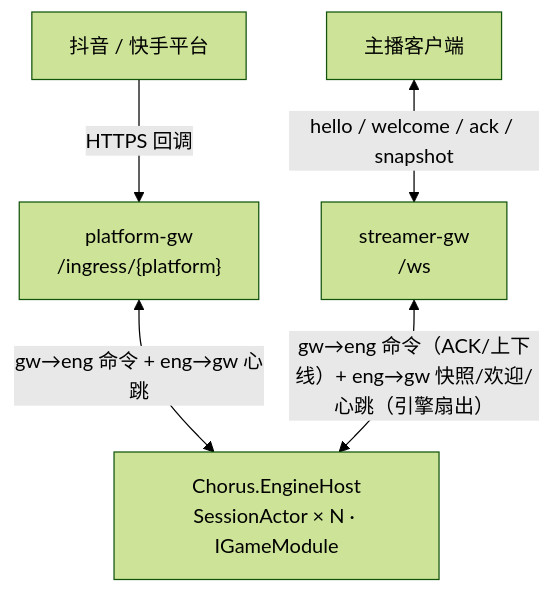
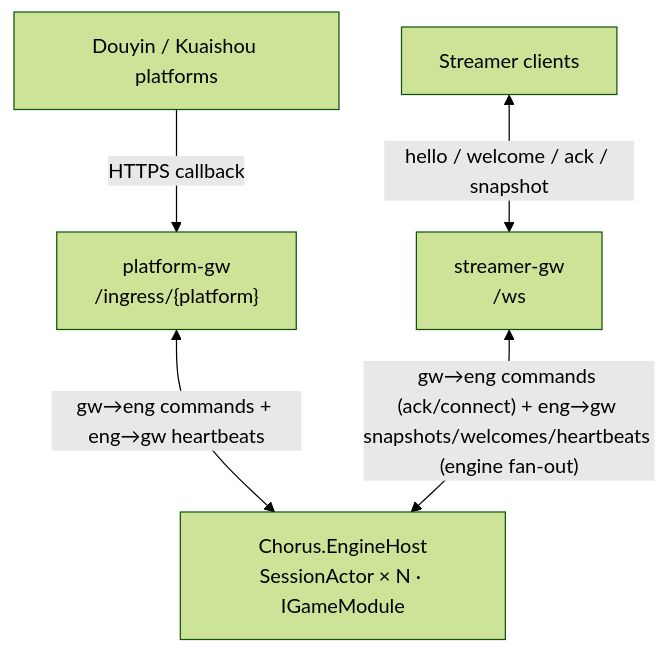
One commit to cuihairu/chorus changed the diagram in README.md. Above: the diagram before and after it, drawn with Mermaid (forest theme). The commit also changed other lines of this file and 1 other file, not shown here.

````diff
--- a/README.md
+++ b/README.md
@@ -61,7 +71,7 @@
 ```mermaid
 flowchart TB
-  P["抖音 / 快手平台"] -->|"HTTPS 回调"| PGW["platform-gw<br/>/ingress/{platform}"]
-  C["主播客户端"] <-->|"hello / welcome / ack / snapshot"| SGW["streamer-gw<br/>/ws"]
-  PGW <-->|"gw→eng 命令 + eng→gw 心跳"| W["Chorus.EngineHost<br/>SessionActor × N · IGameModule"]
-  SGW <-->|"gw→eng 命令（ACK/上下线）+ eng→gw 快照/欢迎/心跳（引擎扇出）"| W
+  P["Douyin / Kuaishou platforms"] -->|"HTTPS callback"| PGW["platform-gw<br/>/ingress/{platform}"]
+  C["Streamer clients"] <-->|"hello / welcome / ack / snapshot"| SGW["streamer-gw<br/>/ws"]
+  PGW <-->|"gw→eng commands + eng→gw heartbeats"| W["Chorus.EngineHost<br/>SessionActor × N · IGameModule"]
+  SGW <-->|"gw→eng commands (ack/connect) + eng→gw snapshots/welcomes/heartbeats (engine fan-out)"| W
 ```
````
